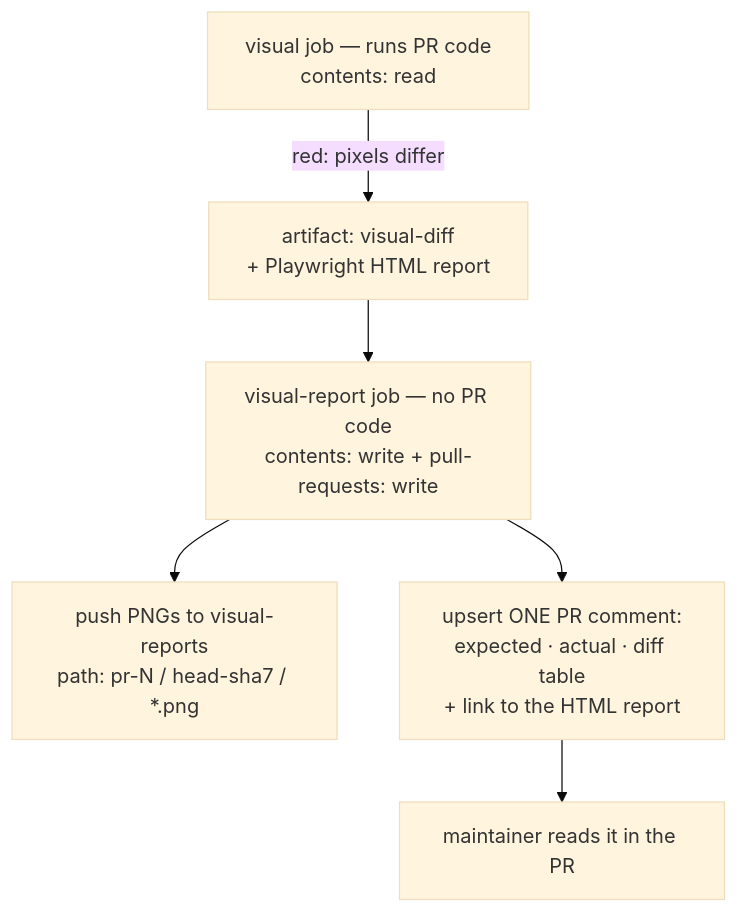
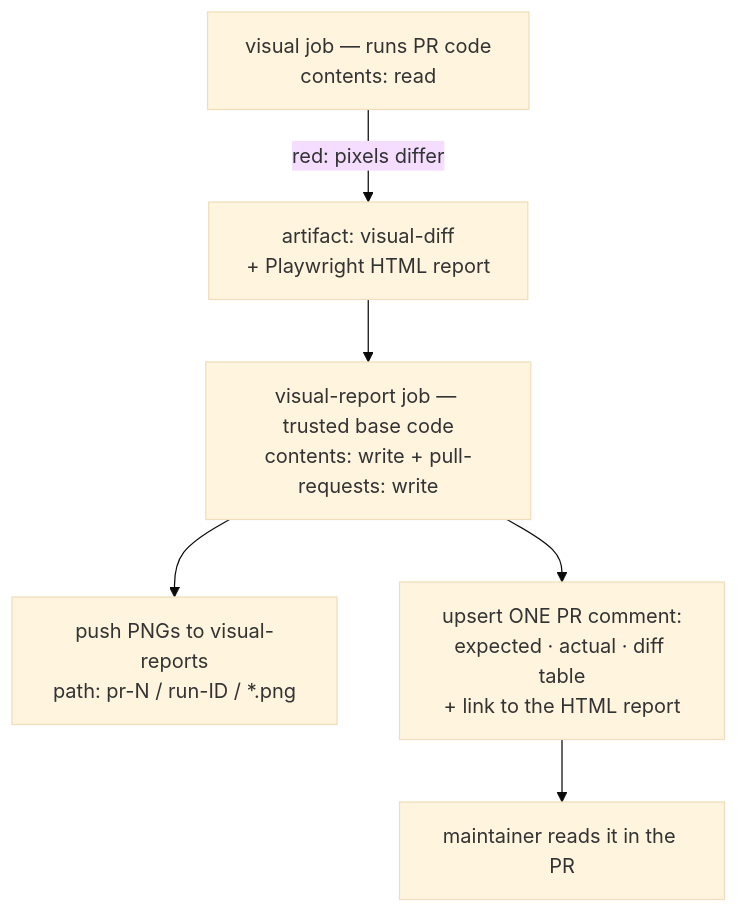
One commit to chomamateusz/agentproofarch changed the diagram in website/docs/decisions/0013-visual-review-loop.md. Above: the diagram before and after it, drawn with Mermaid (base theme). The commit also changed other lines of this file and 13 other files, not shown here.

````diff
--- a/website/docs/decisions/0013-visual-review-loop.md
+++ b/website/docs/decisions/0013-visual-review-loop.md
@@ -33,8 +33,8 @@
 ```mermaid
 flowchart TD
     visual["visual job — runs PR code<br/>contents: read"] -->|"red: pixels differ"| art["artifact: visual-diff<br/>+ Playwright HTML report"]
-    art --> report["visual-report job — no PR code<br/>contents: write + pull-requests: write"]
-    report --> branch["push PNGs to visual-reports<br/>path: pr-N / head-sha7 / *.png"]
+    art --> report["visual-report job — trusted base code<br/>contents: write + pull-requests: write"]
+    report --> branch["push PNGs to visual-reports<br/>path: pr-N / run-ID / *.png"]
     report --> comment["upsert ONE PR comment:<br/>expected · actual · diff table<br/>+ link to the HTML report"]
     comment --> human["maintainer reads it in the PR"]
 ```
````
